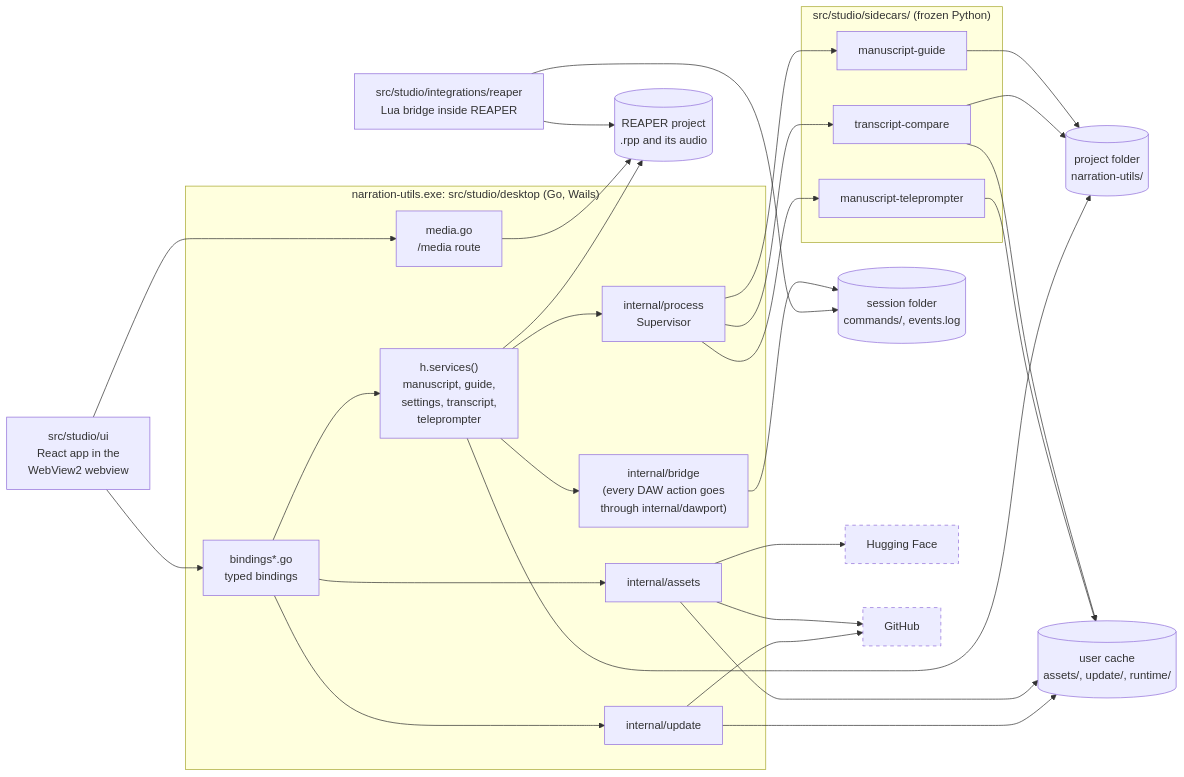
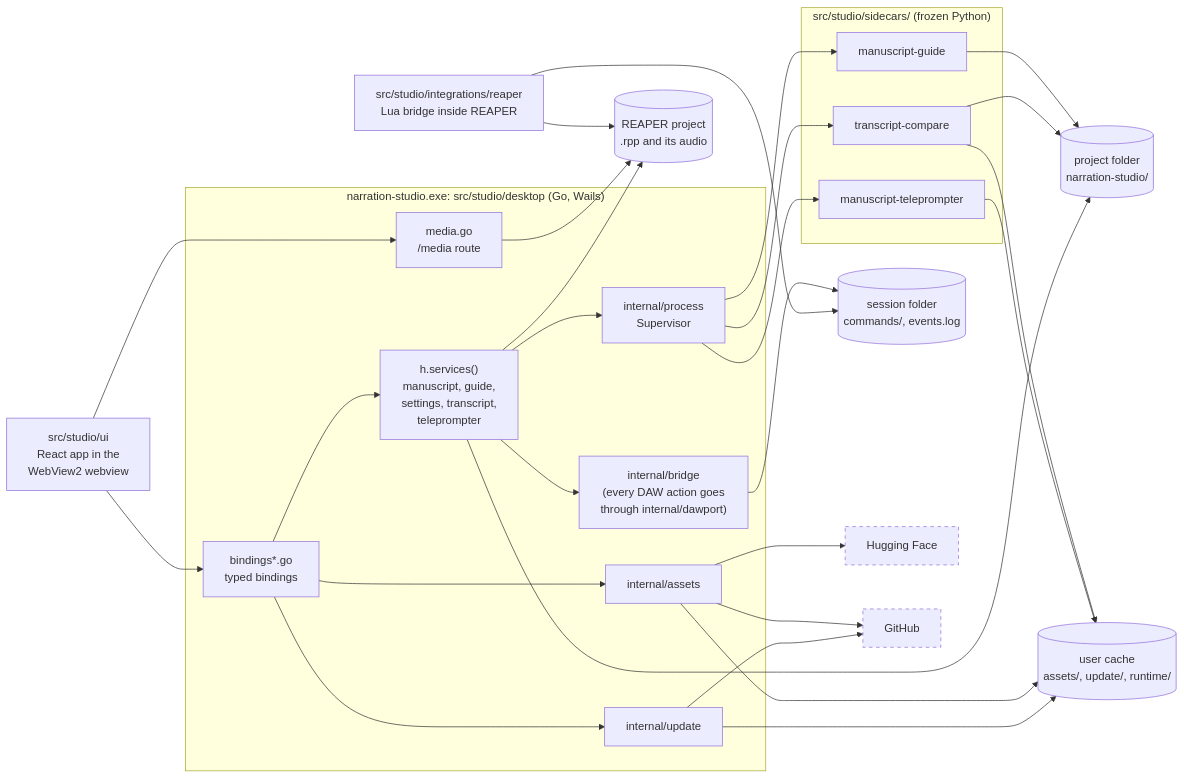
Before and after one commit to countrymanprime/narration-studio: the diagram in docs/architecture/codebase-map.md, drawn with Mermaid. The commit also changed other lines of this file and 1242 other files, not shown here.

````diff
--- a/docs/architecture/codebase-map.md
+++ b/docs/architecture/codebase-map.md
@@ -94,52 +94,52 @@
 ```mermaid
 flowchart LR
   ui["src/studio/ui<br/>React app in the<br/>WebView2 webview"]
-  subgraph host["narration-utils.exe: src/studio/desktop (Go, Wails)"]
+  subgraph host["narration-studio.exe: src/studio/desktop (Go, Wails)"]
     bindings["bindings*.go<br/>typed bindings"]
     services["h.services()<br/>manuscript, guide,<br/>settings, transcript,<br/>teleprompter"]
     assets["internal/assets"]
     update["internal/update"]
     supervisor["internal/process<br/>Supervisor"]
     bridgeclient["internal/bridge<br/>(every DAW action goes<br/>through internal/dawport)"]
     media["media.go<br/>/media route"]
   end
   subgraph sidecars["src/studio/sidecars/ (frozen Python)"]
     guide["manuscript-guide"]
     compare["transcript-compare"]
     teleprompter["manuscript-teleprompter"]
   end
   lua["src/studio/integrations/reaper<br/>Lua bridge inside REAPER"]
   rpp[("REAPER project<br/>.rpp and its audio")]
-  project[("project folder<br/>narration-utils/")]
+  project[("project folder<br/>narration-studio/")]
   cache[("user cache<br/>assets/, update/, runtime/")]
   session[("session folder<br/>commands/, events.log")]
   huggingface["Hugging Face"]
   github["GitHub"]
   ui --> bindings
   ui --> media
   bindings --> services
   bindings --> assets
   bindings --> update
   services --> supervisor
   services --> bridgeclient
   supervisor --> guide
   supervisor --> compare
   supervisor --> teleprompter
   guide --> project
   compare --> project
   compare --> cache
   teleprompter --> cache
   bridgeclient --> session
   lua --> session
   media --> rpp
   lua --> rpp
   services --> rpp
   assets --> cache
   assets --> huggingface
   assets --> github
   update --> github
   update --> cache
   services --> project
   classDef offmachine stroke-dasharray: 5 5
   class huggingface,github offmachine
 ```
````
